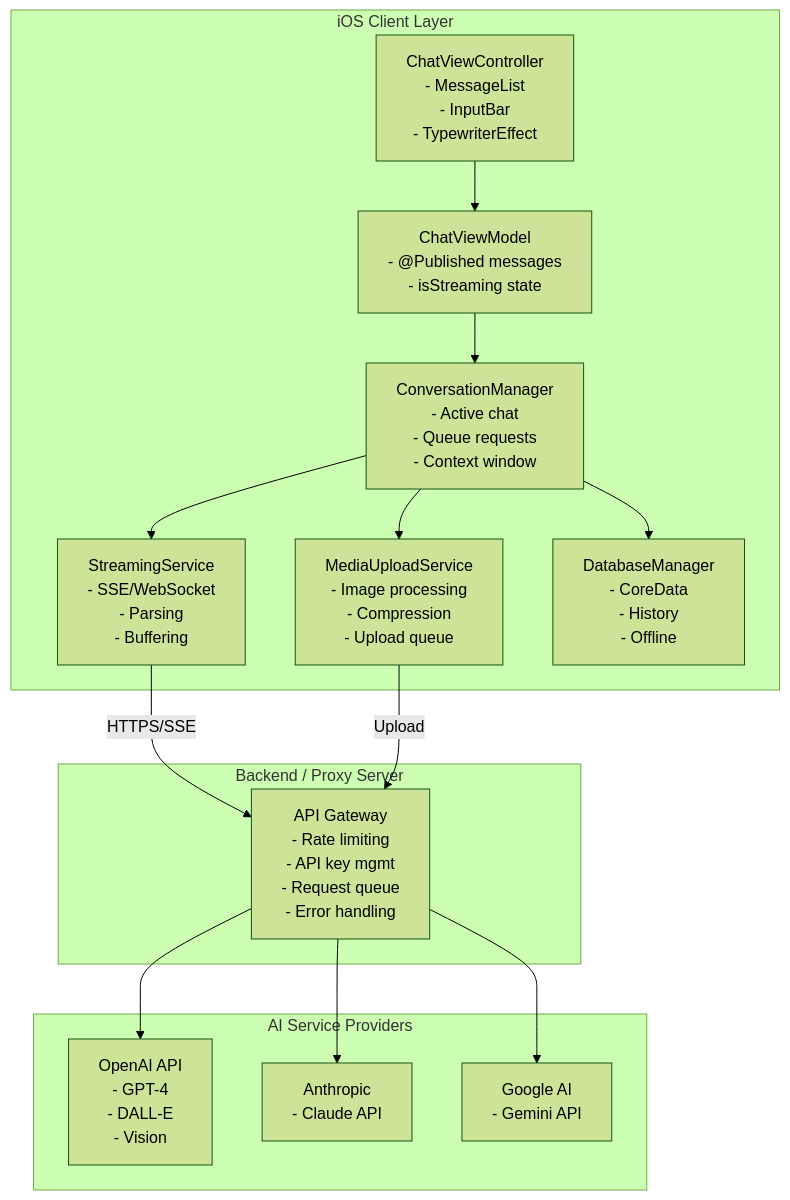
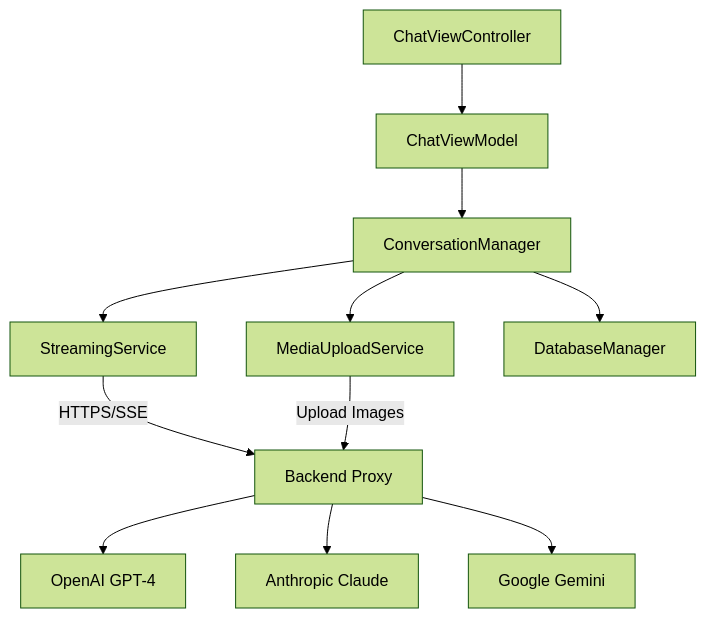
Before and after one commit to SheldonWangRJT/SheldonWangRJT.Github.io: the first of 2 diagrams in _interviews/2025-10-11-ai-chatbot-system-design.md, drawn with Mermaid (forest theme). The commit also changed other lines of this file and 1 other file, not shown here.

Commit message:
Simplify Mermaid diagrams: remove subgraphs, use flowchart syntax, add text explanations for better readability

```diff
--- a/_interviews/2025-10-11-ai-chatbot-system-design.md
+++ b/_interviews/2025-10-11-ai-chatbot-system-design.md
@@ -41,33 +41,16 @@
 {% mermaid %}
-graph TB;
-    subgraph "iOS Client Layer";
-        UI[ChatViewController<br/>- MessageList<br/>- InputBar<br/>- TypewriterEffect];
-        VM[ChatViewModel<br/>- @Published messages<br/>- isStreaming state];
-        CM[ConversationManager<br/>- Active chat<br/>- Queue requests<br/>- Context window];
-        SS[StreamingService<br/>- SSE/WebSocket<br/>- Parsing<br/>- Buffering];
-        MS[MediaUploadService<br/>- Image processing<br/>- Compression<br/>- Upload queue];
-        DB[DatabaseManager<br/>- CoreData<br/>- History<br/>- Offline];
-        
-        UI --> VM;
-        VM --> CM;
-        CM --> SS;
-        CM --> MS;
-        CM --> DB;
-    end;
+flowchart TD;
+    UI[ChatViewController] --> VM[ChatViewModel];
+    VM --> CM[ConversationManager];
     
-    subgraph "Backend / Proxy Server";
-        PROXY[API Gateway<br/>- Rate limiting<br/>- API key mgmt<br/>- Request queue<br/>- Error handling];
-    end;
+    CM --> SS[StreamingService];
+    CM --> MS[MediaUploadService];
+    CM --> DB[DatabaseManager];
     
-    subgraph "AI Service Providers";
-        OPENAI[OpenAI API<br/>- GPT-4<br/>- DALL-E<br/>- Vision];
-        CLAUDE[Anthropic<br/>- Claude API];
-        GEMINI[Google AI<br/>- Gemini API];
-    end;
+    SS -->|HTTPS/SSE| PROXY[Backend Proxy];
+    MS -->|Upload Images| PROXY;
     
-    SS -->|HTTPS/SSE| PROXY;
-    MS -->|Upload| PROXY;
-    PROXY --> OPENAI;
-    PROXY --> CLAUDE;
-    PROXY --> GEMINI;
+    PROXY --> OPENAI[OpenAI GPT-4];
+    PROXY --> CLAUDE[Anthropic Claude];
+    PROXY --> GEMINI[Google Gemini];
 {% endmermaid %}
```
